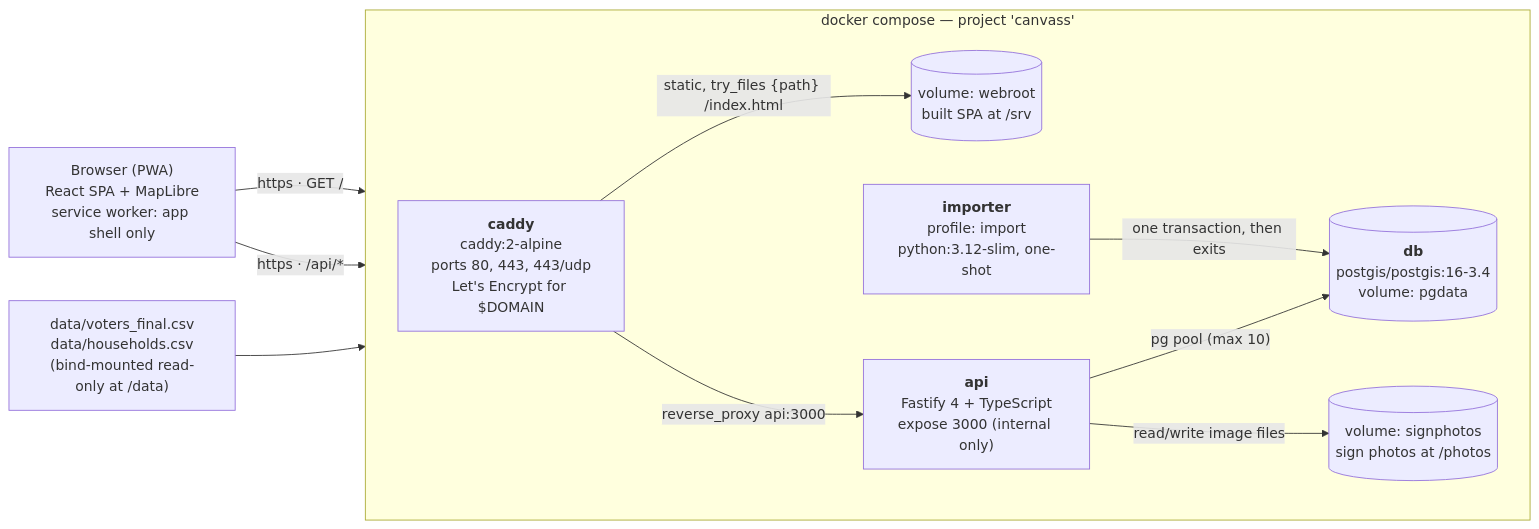
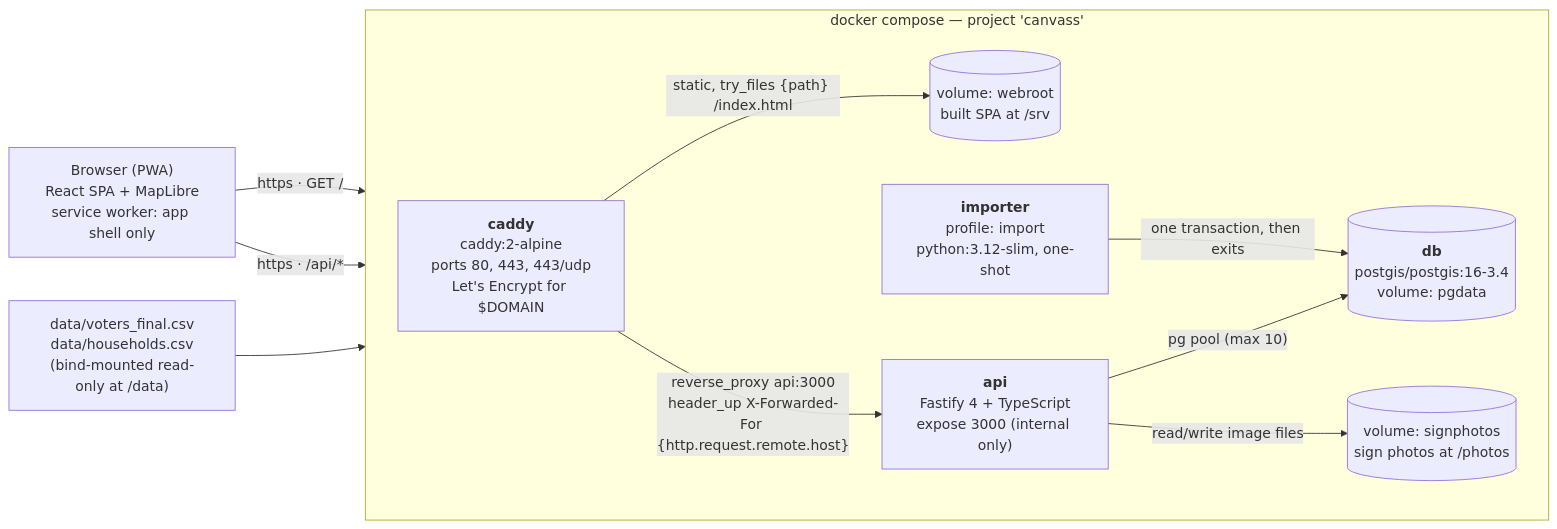
The first of 2 diagrams in docs/README.md (smhunt/CanvassOS), drawn with Mermaid before and after one commit. The commit also changed other lines of this file and 5 other files, not shown here.

First line of the commit message:
docs: record the TRUST_PROXY fix, off-site backups and the AWS host

````diff
--- a/docs/README.md
+++ b/docs/README.md
@@ -41,25 +45,25 @@
 ```mermaid
 flowchart LR
     B["Browser (PWA)<br/>React SPA + MapLibre<br/>service worker: app shell only"]
 
     subgraph compose["docker compose — project 'canvass'"]
         direction LR
         CA["<b>caddy</b><br/>caddy:2-alpine<br/>ports 80, 443, 443/udp<br/>Let's Encrypt for $DOMAIN"]
         WEBV[("volume: webroot<br/>built SPA at /srv")]
         API["<b>api</b><br/>Fastify 4 + TypeScript<br/>expose 3000 (internal only)"]
         PHOTOS[("volume: signphotos<br/>sign photos at /photos")]
         DB[("<b>db</b><br/>postgis/postgis:16-3.4<br/>volume: pgdata")]
         IMP["<b>importer</b><br/>profile: import<br/>python:3.12-slim, one-shot"]
     end
 
     CSV["data/voters_final.csv<br/>data/households.csv<br/>(bind-mounted read-only at /data)"]
 
     B -- "https · GET /" --> CA
     B -- "https · /api/*" --> CA
     CA -- "static, try_files {path} /index.html" --> WEBV
-    CA -- "reverse_proxy api:3000" --> API
+    CA -- "reverse_proxy api:3000<br/>header_up X-Forwarded-For {http.request.remote.host}" --> API
     API -- "pg pool (max 10)" --> DB
     API -- "read/write image files" --> PHOTOS
     CSV --> IMP
     IMP -- "one transaction, then exits" --> DB
 ```
````
